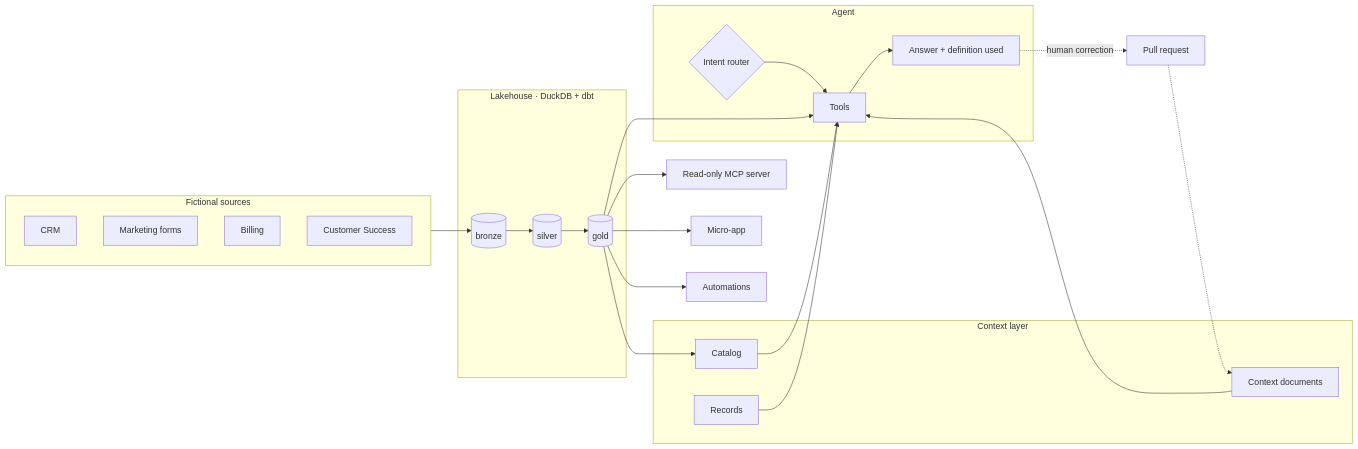
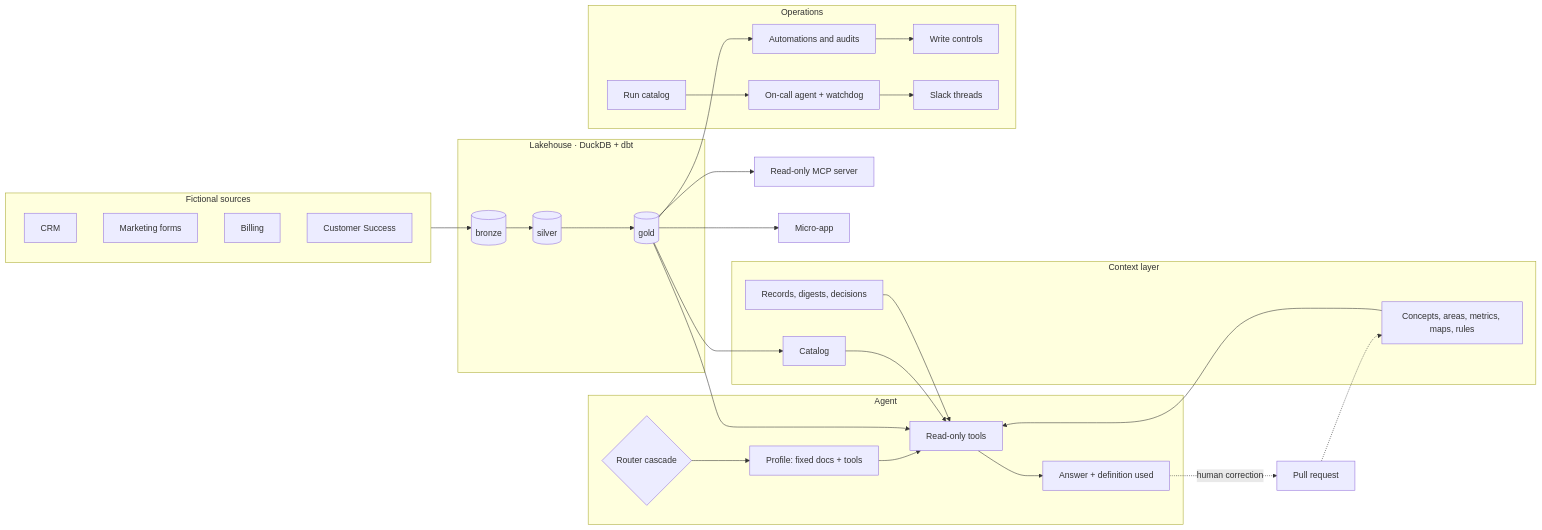
The diagram in README.md (leoippolitos-svg/revops-agent), drawn with Mermaid before and after one commit. The commit also changed other lines of this file and 6 other files, not shown here.

````diff
--- a/README.md
+++ b/README.md
@@ -184,32 +201,39 @@
 ```mermaid
 flowchart LR
     subgraph SRC[Fictional sources]
         CRM[CRM]
         FORMS[Marketing forms]
         BILL[Billing]
         CS[Customer Success]
     end
 
     subgraph LH[Lakehouse · DuckDB + dbt]
         B[(bronze)] --> S[(silver)] --> G[(gold)]
     end
 
     subgraph CTX[Context layer]
         CAT[Catalog]
-        DOCS[Context documents]
-        REC[Records]
+        DOCS[Concepts, areas, metrics, maps, rules]
+        MEM[Records, digests, decisions]
     end
 
     subgraph AG[Agent]
-        R{Intent router} --> T[Tools]
+        R{Router cascade} --> P[Profile: fixed docs + tools]
+        P --> T[Read-only tools]
         T --> A[Answer + definition used]
+    end
+
+    subgraph OPS[Operations]
+        AUTO[Automations and audits] --> WC[Write controls]
+        CATL[Run catalog] --> ONC[On-call agent + watchdog]
+        ONC --> SL[Slack threads]
     end
 
     SRC --> B
     G --> CAT
-    CAT & DOCS & REC & G --> T
+    CAT & DOCS & MEM & G --> T
     G --> MCP[Read-only MCP server]
     G --> APP[Micro-app]
-    G --> AUTO[Automations]
+    G --> AUTO
     A -. human correction .-> PR[Pull request] -.-> DOCS
 ```
````
